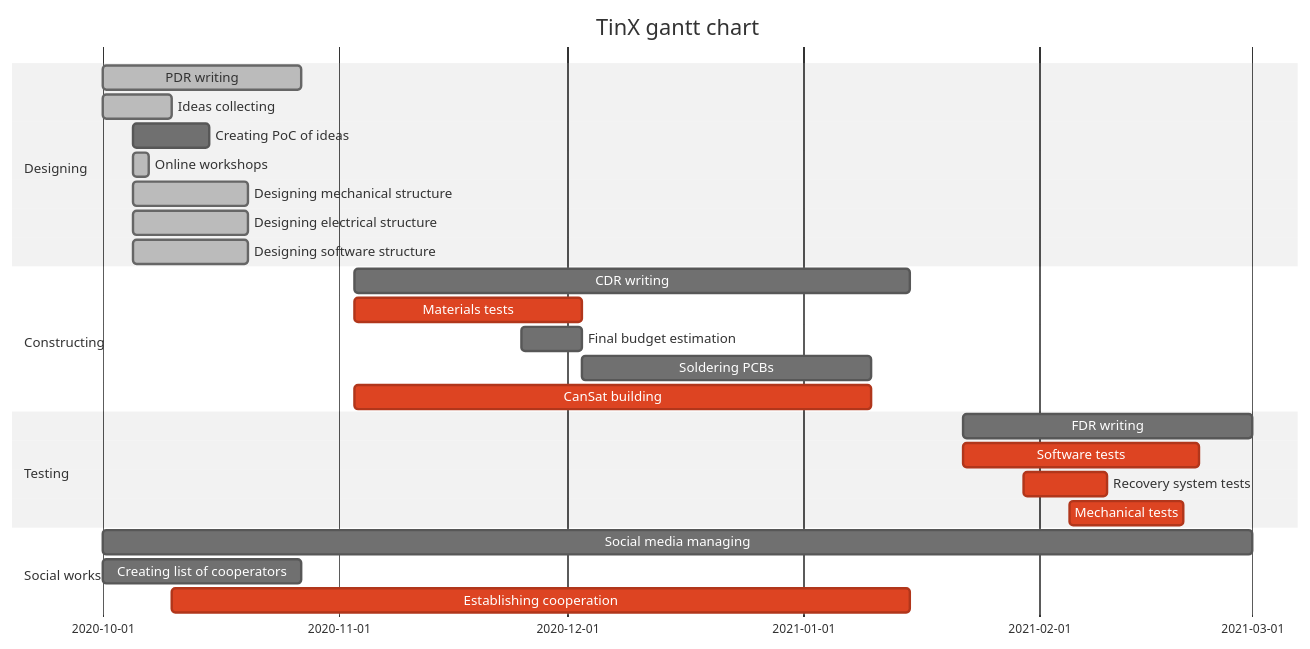
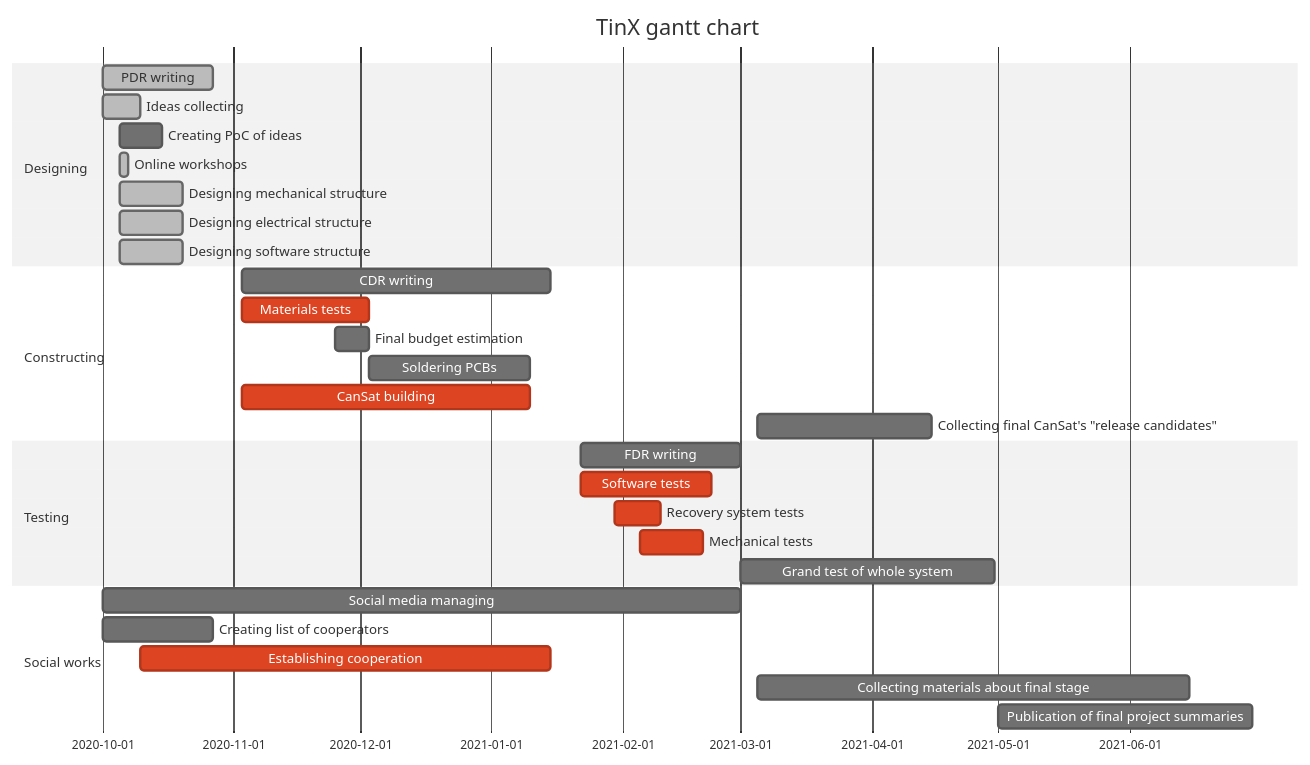
Before and after one commit to TinXsat/project-structure: the diagram in gantt-chart.md, drawn with Mermaid (neutral theme).

````diff
--- a/gantt-chart.md
+++ b/gantt-chart.md
@@ -25,33 +25,38 @@
 ```mermaid
 gantt
     title TinX gantt chart
     dateFormat  YYYY-MM-DD
     
     section Designing
     PDR writing :done, 2020-10-01, 2020-10-27
     Ideas collecting :done, 2020-10-01, 2020-10-10
     Creating PoC of ideas : 2020-10-05, 2020-10-15
     Online workshops :done, 2020-10-05, 2020-10-07
     Designing mechanical structure :done, 2020-10-05, 2020-10-20
     Designing electrical structure :done, 2020-10-05, 2020-10-20
     Designing software structure :done, 2020-10-05, 2020-10-20
     
     section Constructing
     CDR writing : 2020-11-03, 2021-01-15
     Materials tests :crit, 2020-11-03, 2020-12-03
     Final budget estimation : 2020-11-25, 2020-12-03
     Soldering PCBs : 2020-12-03, 2021-01-10
     CanSat building :crit, 2020-11-03, 2021-01-10
+    Collecting final CanSat's "release candidates" :crit 2021-03-05, 2021-04-15
     
     section Testing 
     FDR writing : 2021-01-22, 2021-03-01
     Software tests :crit, 2021-01-22, 2021-02-22
     Recovery system tests :crit, 2021-01-30, 2021-02-10
     Mechanical tests :crit, 2021-02-05, 2021-02-20
+    Grand test of whole system : 2021-03-01, 2021-04-30
     
     section Social works
     Social media managing : 2020-10-01, 2021-03-01
     Creating list of cooperators : 2020-10-01, 2020-10-27
     Establishing cooperation :crit, 2020-10-10, 2021-01-15
+    Collecting materials about final stage : 2021-03-05, 2021-06-15
+    Publication of final project summaries : 2021-05-01, 2021-06-30
+    
     
 ```
````
